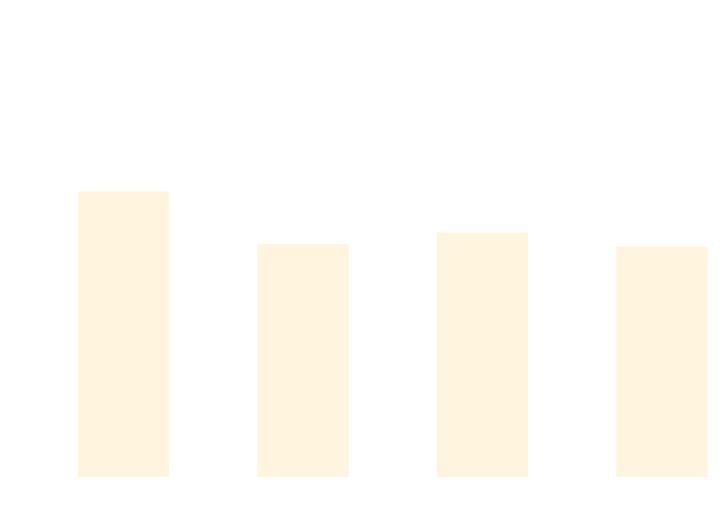
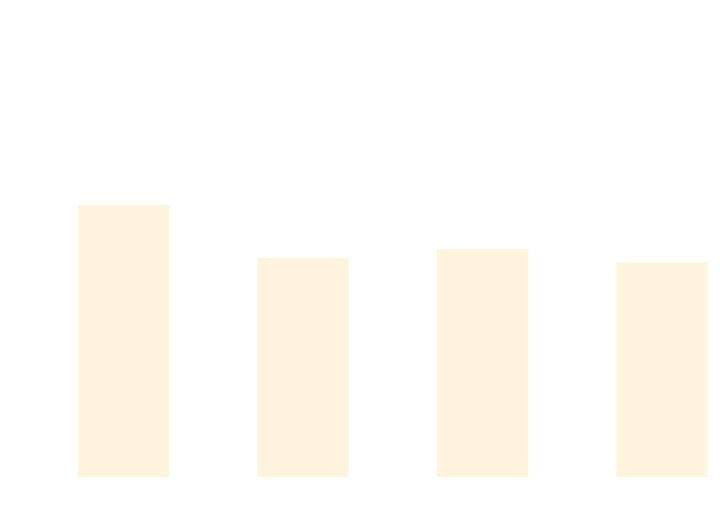
Before and after one commit to thomhurst/TUnit: the diagram in docs/docs/benchmarks/BuildTime.md, drawn with Mermaid. The commit also changed other lines of this file and 17 other files, not shown here.

````diff
--- a/docs/docs/benchmarks/BuildTime.md
+++ b/docs/docs/benchmarks/BuildTime.md
@@ -28,37 +28,37 @@
 ```mermaid
 %%{init: {
   'theme':'base',
   'themeVariables': {
     'primaryColor': '#2563eb',
     'primaryTextColor': '#ffffff',
     'primaryBorderColor': '#1e40af',
     'lineColor': '#6b7280',
     'secondaryColor': '#7c3aed',
     'tertiaryColor': '#dc2626',
     'background': '#ffffff',
     'mainBkg': '#2563eb',
     'secondBkg': '#7c3aed',
     'tertiaryBkg': '#dc2626',
     'clusterBkg': '#f3f4f6',
     'edgeLabelBackground': '#ffffff',
     'tertiaryTextColor': '#1f2937',
     'pie1': '#2563eb',
     'pie2': '#7c3aed',
     'pie3': '#dc2626',
     'pie4': '#f59e0b',
     'pie5': '#10b981',
     'pie6': '#06b6d4',
     'pie7': '#ec4899',
     'pie8': '#6366f1',
     'pie9': '#84cc16',
     'pie10': '#f97316',
     'pie11': '#14b8a6',
     'pie12': '#a855f7'
   }
 }}%%
 xychart-beta
   title "Build Time Comparison"
   x-axis ["Build_TUnit", "Build_NUnit", "Build_MSTest", "Build_xUnit3"]
   y-axis "Time (s)" 0 --> 3
-  bar [2.046, 1.657, 1.743, 1.64]
+  bar [1.947, 1.556, 1.621, 1.523]
 ```
````
